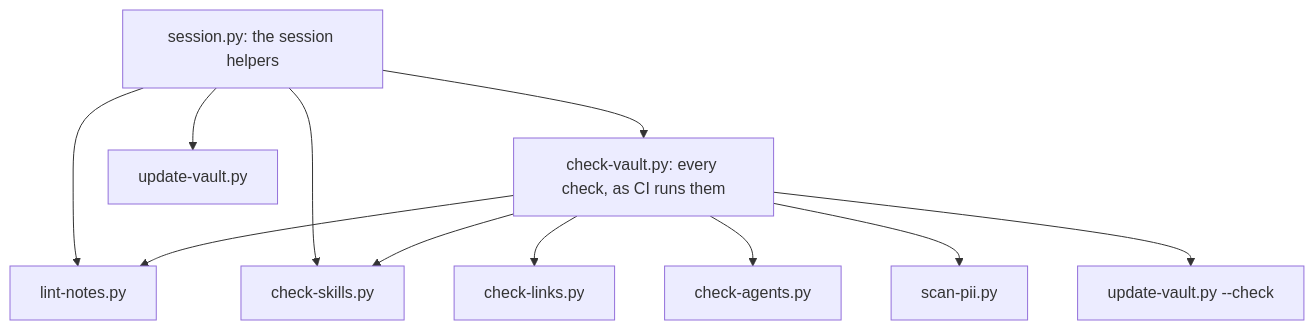
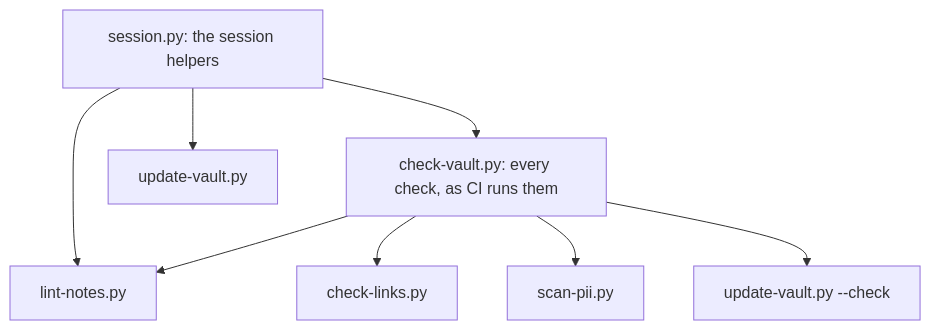
The diagram in .docs/technical/Vault-Scripts.md (tannergolden/knowledge), drawn with Mermaid before and after one commit. The commit also changed other lines of this file and 458 other files, not shown here.

First line of the commit message:
refactor(vault): ♻️ hold no skills or agents, which the home kit now carries

````diff
--- a/.docs/technical/Vault-Scripts.md
+++ b/.docs/technical/Vault-Scripts.md
@@ -29,13 +29,10 @@
 ```mermaid
 graph TD
     CV["check-vault.py: every check, as CI runs them"] --> LN["lint-notes.py"]
     CV --> CL["check-links.py"]
-    CV --> CS["check-skills.py"]
-    CV --> CA["check-agents.py"]
     CV --> SP["scan-pii.py"]
     CV --> UC["update-vault.py --check"]
     SE["session.py: the session helpers"] --> LN
-    SE --> CS
     SE --> UV["update-vault.py"]
     SE --> CV
 ```
````
